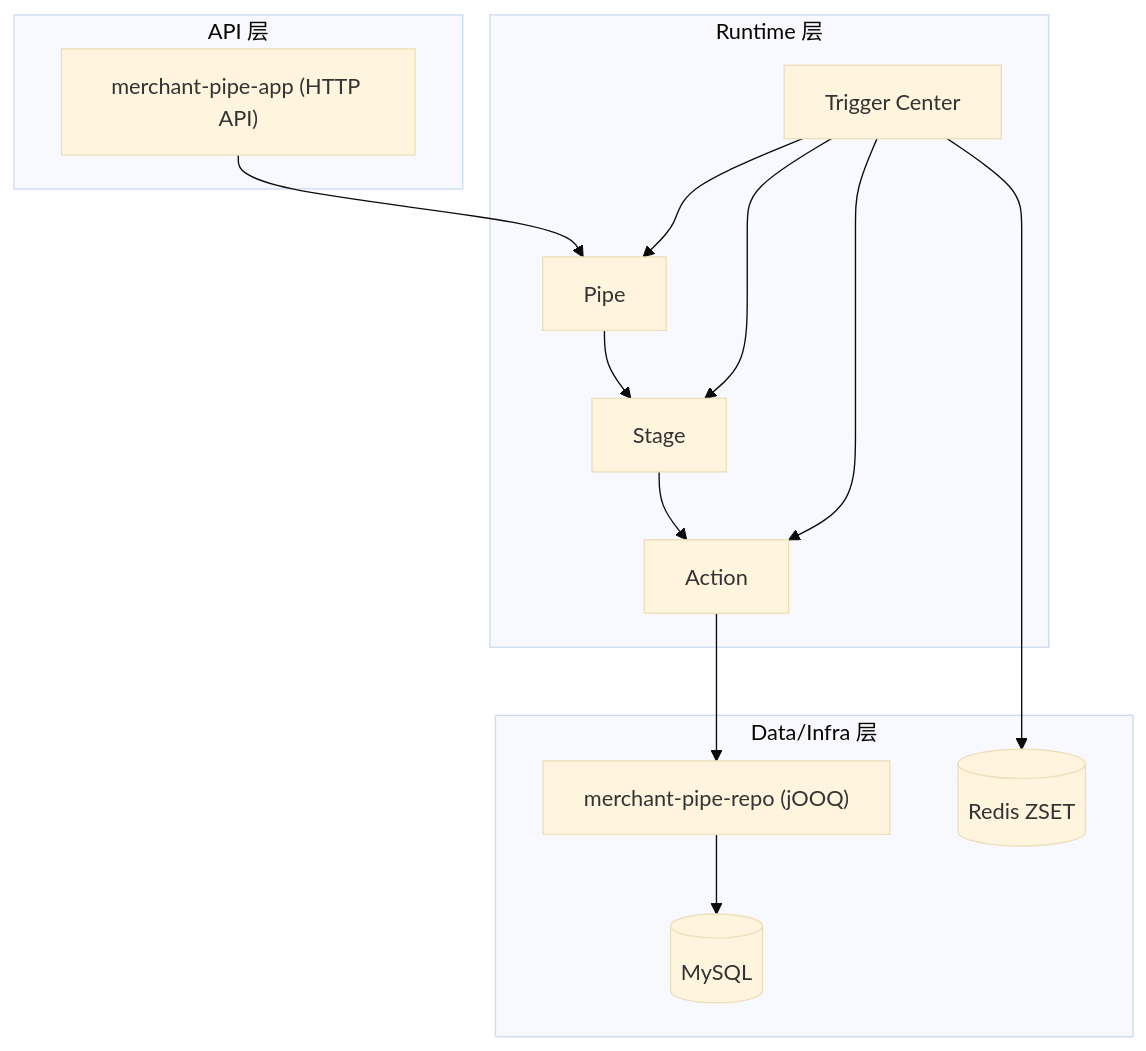
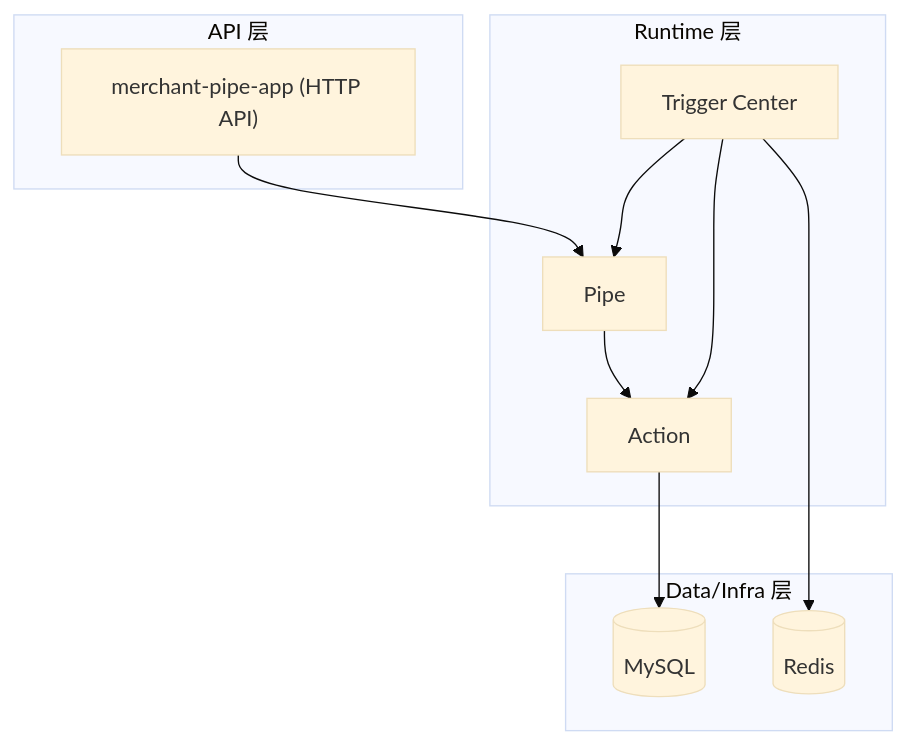
Before and after one commit to liuzheming/merchant-pipe: the first of 2 diagrams in README.md, drawn with Mermaid (base theme). The commit also changed other lines of this file and 1 other file, not shown here.

````diff
--- a/README.md
+++ b/README.md
@@ -19,28 +19,25 @@
 ```mermaid
 flowchart TB
     subgraph L1["API 层"]
         API["merchant-pipe-app (HTTP API)"]
     end
 
     subgraph L2["Runtime 层"]
         Pipe["Pipe"]
-        Stage["Stage"]
         Action["Action"]
         Trigger["Trigger Center"]
     end
 
     subgraph L3["Data/Infra 层"]
-        Repo["merchant-pipe-repo (jOOQ)"]
         DB[(MySQL)]
-        ZSET[(Redis ZSET)]
+        ZSET[(Redis)]
     end
 
     API --> Pipe
-    Pipe --> Stage --> Action
+    Pipe --> Action
     Trigger --> Pipe
-    Trigger --> Stage
     Trigger --> Action
 
-    Action --> Repo --> DB
+    Action --> DB
     Trigger --> ZSET
 ```
````
